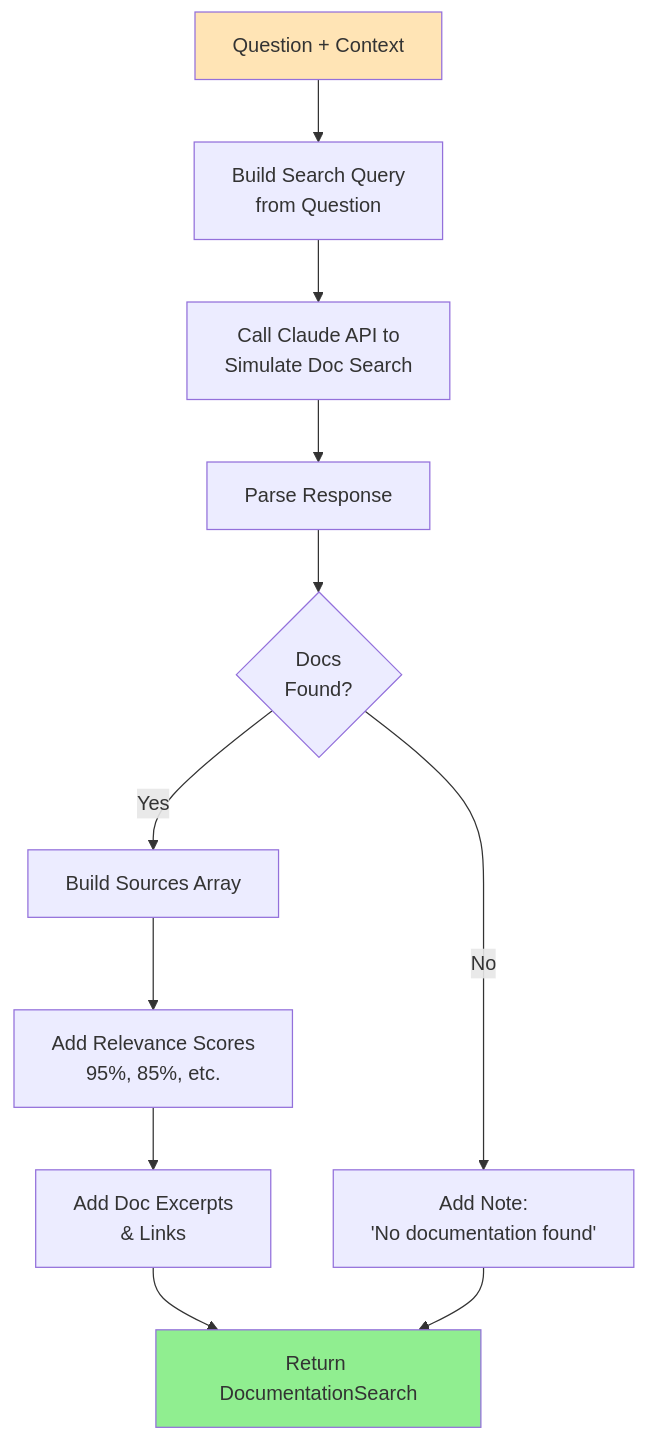
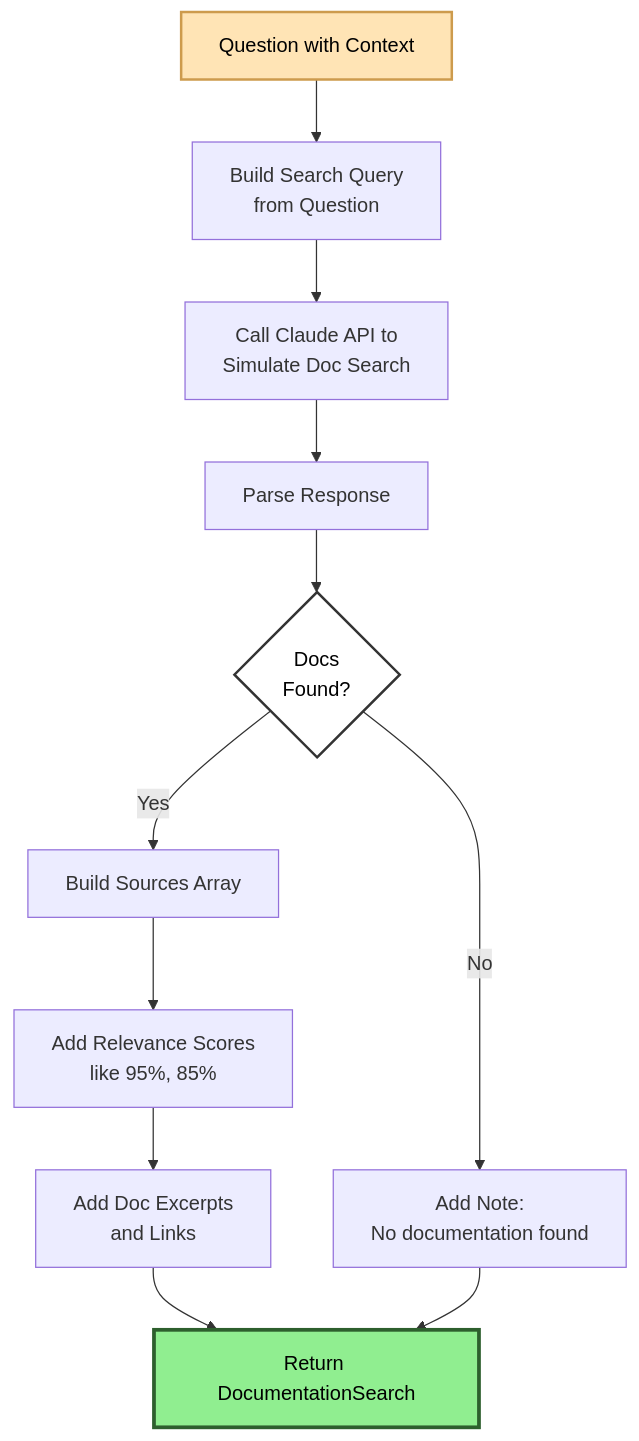
The seventh of 10 diagrams in poc-step6/docs/architecture-flow.md (ApexChef/backlog-chef), drawn with Mermaid before and after one commit. The commit also changed other lines of this file, not shown here.

First line of the commit message:
docs: Improve diagram contrast and readability

````diff
--- a/poc-step6/docs/architecture-flow.md
+++ b/poc-step6/docs/architecture-flow.md
@@ -240,20 +245,21 @@
 ```mermaid
 graph TB
-    Start[Question + Context] --> BuildQuery[Build Search Query<br/>from Question]
+    Start[Question with Context] --> BuildQuery[Build Search Query<br/>from Question]
     BuildQuery --> CallClaude[Call Claude API to<br/>Simulate Doc Search]
 
     CallClaude --> ParseResp[Parse Response]
     ParseResp --> CheckFound{Docs<br/>Found?}
 
     CheckFound -->|Yes| BuildSources[Build Sources Array]
-    BuildSources --> AddRelevance[Add Relevance Scores<br/>95%, 85%, etc.]
-    AddRelevance --> AddExcerpts[Add Doc Excerpts<br/>& Links]
+    BuildSources --> AddRelevance[Add Relevance Scores<br/>like 95%, 85%]
+    AddRelevance --> AddExcerpts[Add Doc Excerpts<br/>and Links]
 
-    CheckFound -->|No| AddNote[Add Note:<br/>'No documentation found']
+    CheckFound -->|No| AddNote[Add Note:<br/>No documentation found]
 
     AddExcerpts --> Return[Return DocumentationSearch]
     AddNote --> Return
 
-    style Start fill:#FFE4B5
-    style Return fill:#90EE90
+    style Start fill:#FFE4B5,stroke:#cd9b4d,stroke-width:2px,color:#000
+    style Return fill:#90EE90,stroke:#2d5f2d,stroke-width:3px,color:#000
+    style CheckFound fill:#fff,stroke:#333,stroke-width:2px,color:#000
 ```
````
